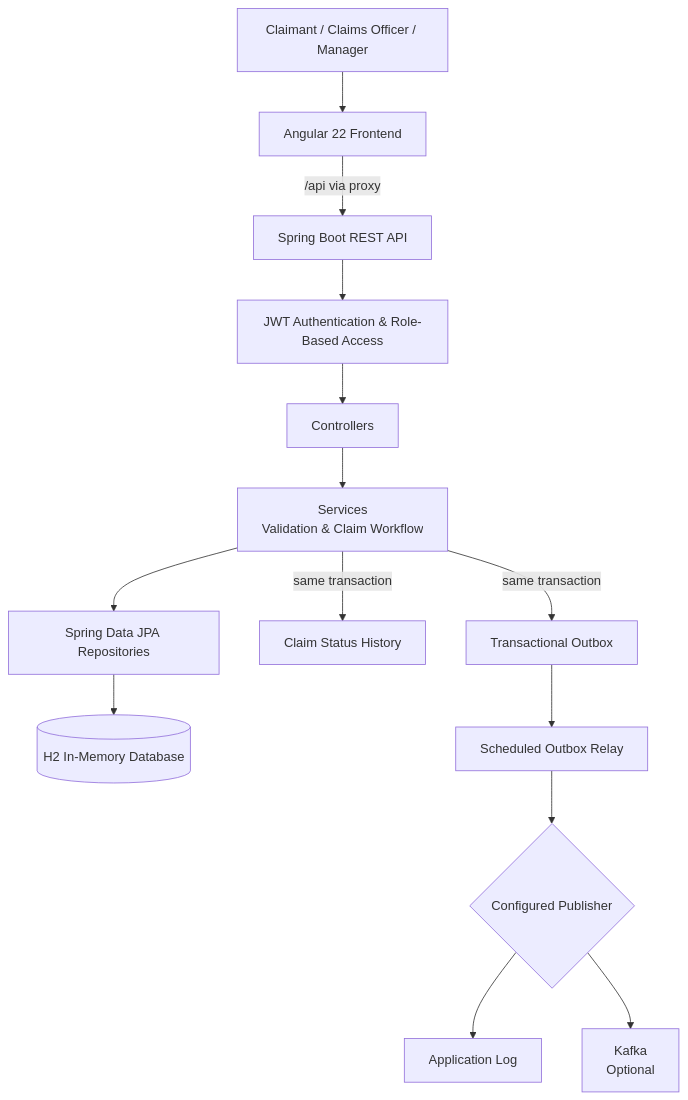
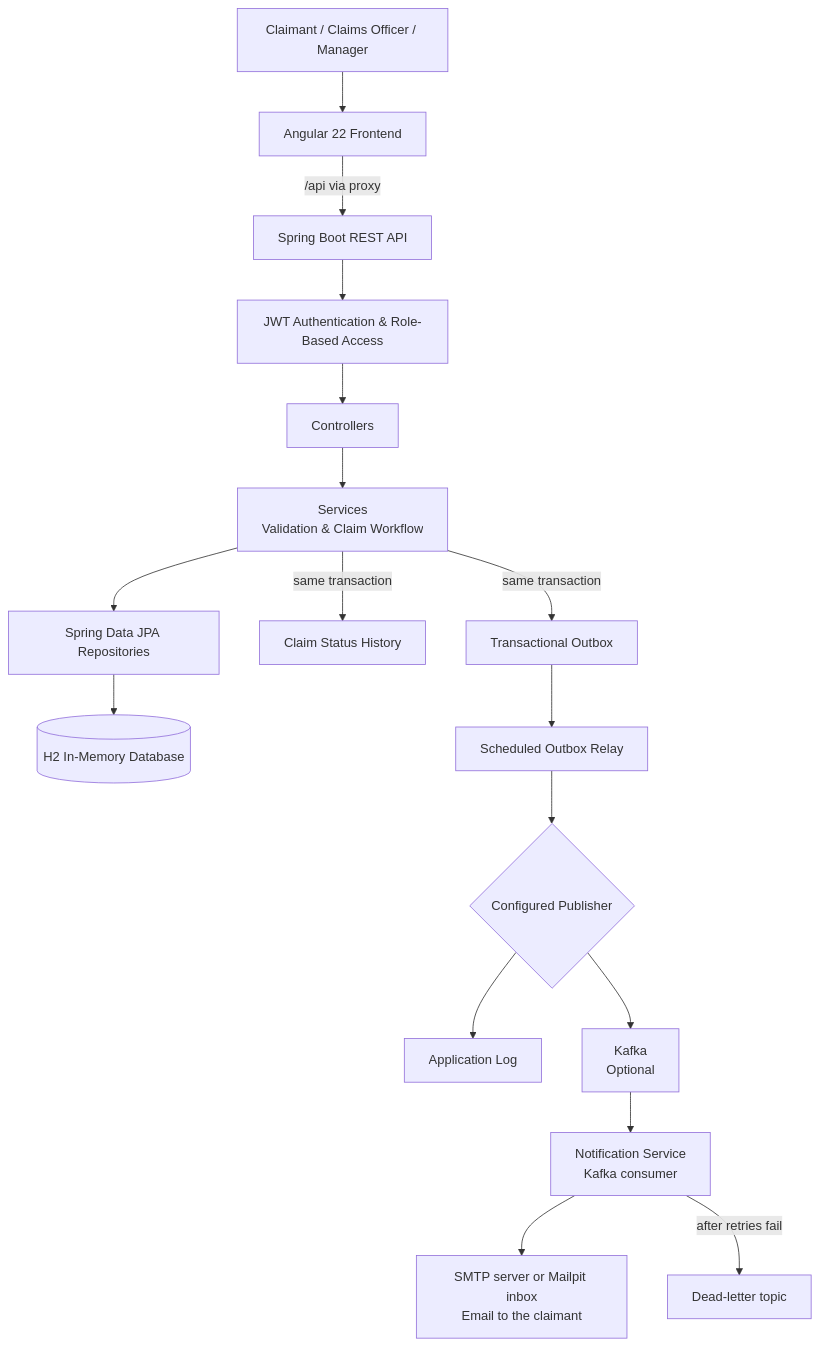
One commit to kunaparida/chubb-claims-project changed the first of 2 diagrams in README.md. Above: the diagram before and after it, drawn with Mermaid. The commit also changed other lines of this file and 1 other file, not shown here.

````diff
--- a/README.md
+++ b/README.md
@@ -49,16 +50,19 @@
 ```mermaid
 flowchart TB
     U[Claimant / Claims Officer / Manager] --> UI[Angular 22 Frontend]
     UI -->|/api via proxy| API[Spring Boot REST API]
     API --> SEC[JWT Authentication & Role-Based Access]
     SEC --> CTRL[Controllers]
     CTRL --> SVC[Services<br/>Validation & Claim Workflow]
     SVC --> REPO[Spring Data JPA Repositories]
     REPO --> DB[(H2 In-Memory Database)]
     SVC -->|same transaction| AUDIT[Claim Status History]
     SVC -->|same transaction| OUTBOX[Transactional Outbox]
     OUTBOX --> RELAY[Scheduled Outbox Relay]
     RELAY --> PUB{Configured Publisher}
     PUB --> LOG[Application Log]
     PUB --> KAFKA[Kafka<br/>Optional]
+    KAFKA --> NOTIFY[Notification Service<br/>Kafka consumer]
+    NOTIFY --> MAIL[SMTP server or Mailpit inbox<br/>Email to the claimant]
+    NOTIFY -->|after retries fail| DLT[Dead-letter topic]
 ```
````
